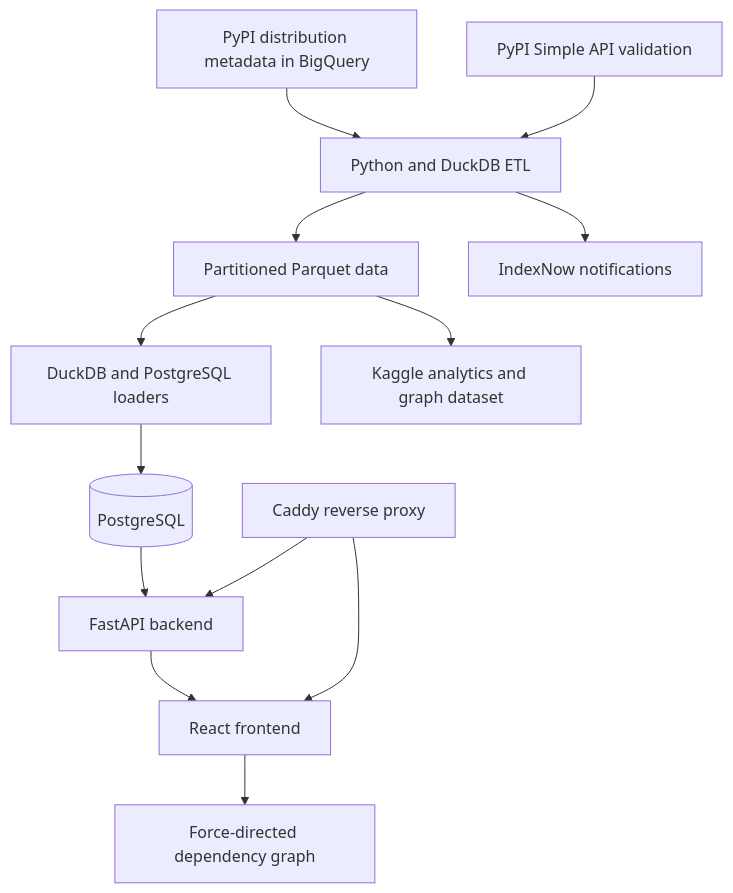
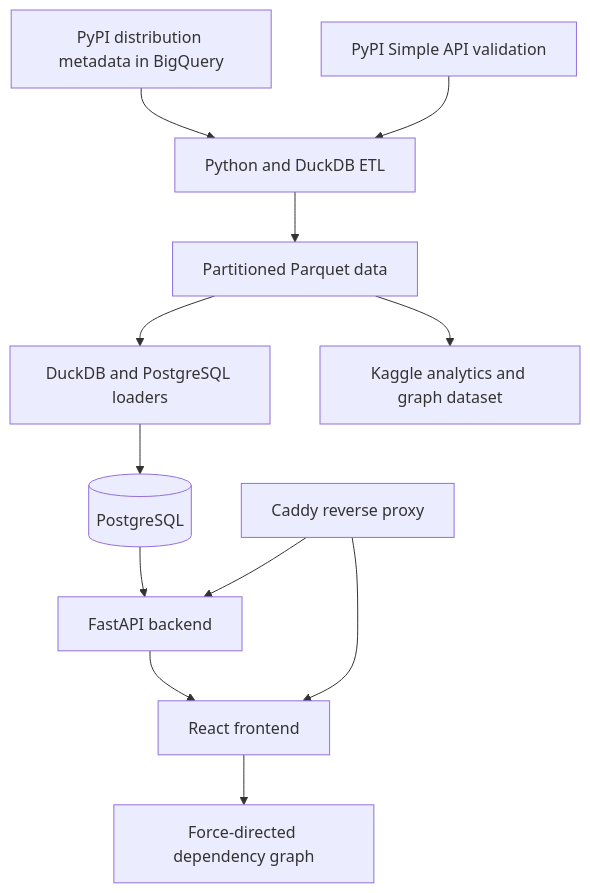
One commit to NaelAqel/PyPIMap changed the first of 3 diagrams in docs/project-map.md. Above: the diagram before and after it, drawn with Mermaid. The commit also changed other lines of this file and 12 other files, not shown here.

Commit message:
Remove IndexNow and seo_cache leftovers

````diff
--- a/docs/project-map.md
+++ b/docs/project-map.md
@@ -26,18 +26,16 @@
 ```mermaid
 flowchart TB
     BQ[PyPI distribution metadata in BigQuery] --> ETL[Python and DuckDB ETL]
     PYPI[PyPI Simple API validation] --> ETL
     ETL --> PQ[Partitioned Parquet data]
     PQ --> LOAD[DuckDB and PostgreSQL loaders]
     PQ --> KAGGLE[Kaggle analytics and graph dataset]
     LOAD --> DB[(PostgreSQL)]
 
     DB --> API[FastAPI backend]
     API --> FE[React frontend]
     FE --> GRAPH[Force-directed dependency graph]
 
     CADDY[Caddy reverse proxy] --> API
     CADDY --> FE
-
-    ETL --> INDEXNOW[IndexNow notifications]
 ```
````
